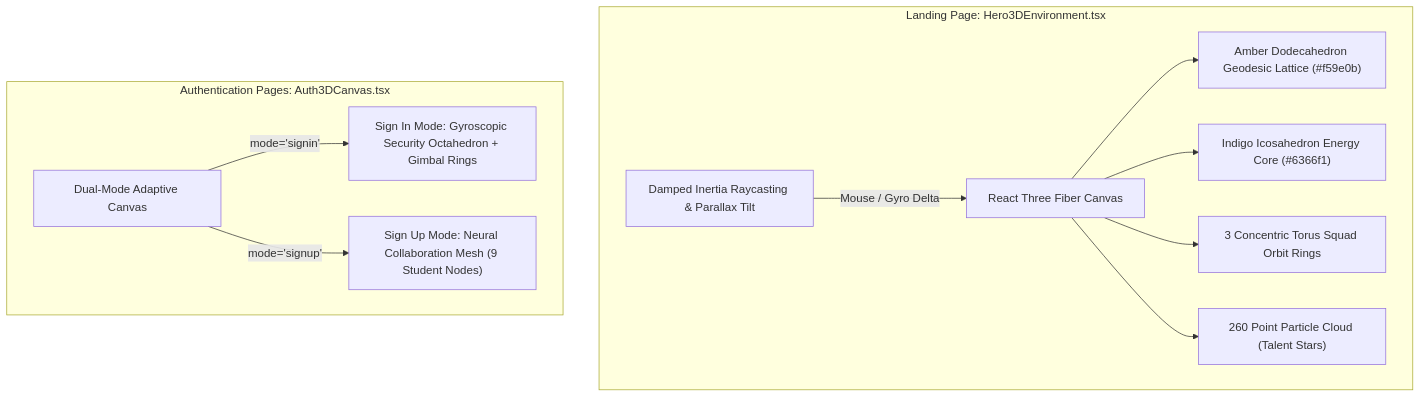
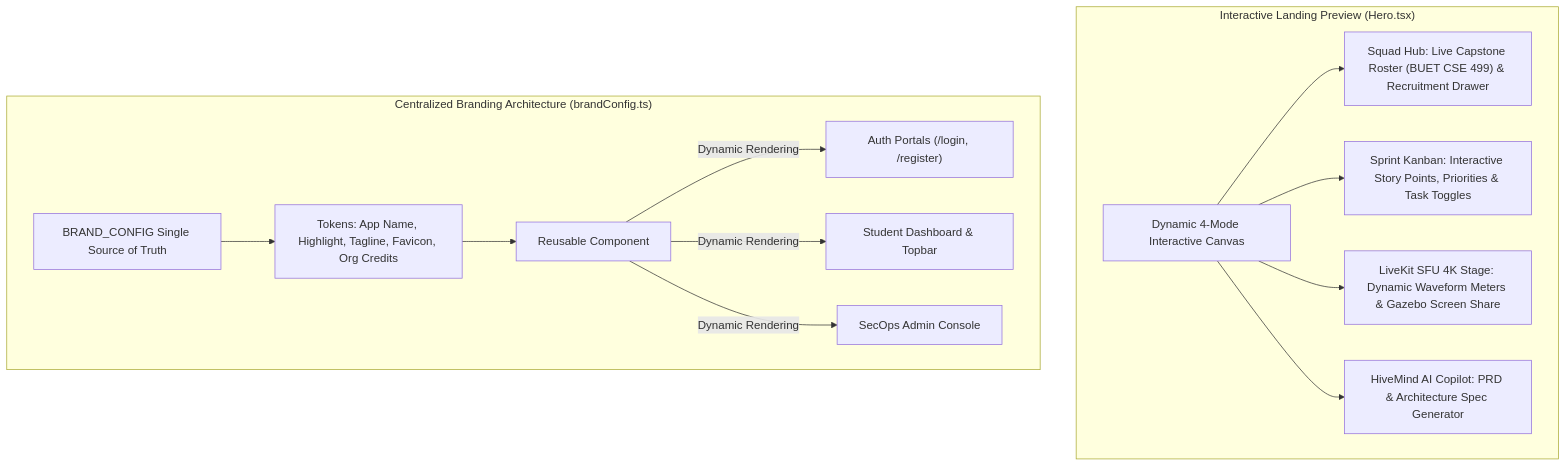
The second of 6 diagrams in docs/architecture/SYSTEM_ARCHITECTURE.md (Ti838/Project-Hive), drawn with Mermaid before and after one commit. The commit also changed other lines of this file and 69 other files, not shown here.

First line of the commit message:
feat(core): production UI/UX overhaul, centralized branding, portal security isolation & cleanup

````diff
--- a/docs/architecture/SYSTEM_ARCHITECTURE.md
+++ b/docs/architecture/SYSTEM_ARCHITECTURE.md
@@ -132,26 +134,27 @@
 ```mermaid
 flowchart TD
-    subgraph Hero_3D ["Landing Page: Hero3DEnvironment.tsx"]
-        Canvas3D["React Three Fiber Canvas"]
-        OuterLattice["Amber Dodecahedron Geodesic Lattice (#f59e0b)"]
-        InnerCrystal["Indigo Icosahedron Energy Core (#6366f1)"]
-        OrbitalRings["3 Concentric Torus Squad Orbit Rings"]
-        Constellation["260 Point Particle Cloud (Talent Stars)"]
-        PointerPhysics["Damped Inertia Raycasting & Parallax Tilt"]
+    subgraph Hero_Workspace ["Interactive Landing Preview (Hero.tsx)"]
+        WorkspaceStage["Dynamic 4-Mode Interactive Canvas"]
+        SquadHub["Squad Hub: Live Capstone Roster (BUET CSE 499) & Recruitment Drawer"]
+        KanbanBoard["Sprint Kanban: Interactive Story Points, Priorities & Task Toggles"]
+        LiveKitStage["LiveKit SFU 4K Stage: Dynamic Waveform Meters & Gazebo Screen Share"]
+        HiveMindStudio["HiveMind AI Copilot: PRD & Architecture Spec Generator"]
 
-        Canvas3D --> OuterLattice
-        Canvas3D --> InnerCrystal
-        Canvas3D --> OrbitalRings
-        Canvas3D --> Constellation
-        PointerPhysics -->|"Mouse / Gyro Delta"| Canvas3D
+        WorkspaceStage --> SquadHub
+        WorkspaceStage --> KanbanBoard
+        WorkspaceStage --> LiveKitStage
+        WorkspaceStage --> HiveMindStudio
     end
 
-    subgraph Auth_3D ["Authentication Pages: Auth3DCanvas.tsx"]
-        AuthCanvas["Dual-Mode Adaptive Canvas"]
-        SignInMode["Sign In Mode: Gyroscopic Security Octahedron + Gimbal Rings"]
-        SignUpMode["Sign Up Mode: Neural Collaboration Mesh (9 Student Nodes)"]
+    subgraph Brand_Engine ["Centralized Branding Architecture (brandConfig.ts)"]
+        Config["BRAND_CONFIG Single Source of Truth"]
+        LogoComponent["Reusable <BrandLogo /> Component"]
+        Tokens["Tokens: App Name, Highlight, Tagline, Favicon, Org Credits"]
 
-        AuthCanvas -->|mode='signin'| SignInMode
-        AuthCanvas -->|mode='signup'| SignUpMode
+        Config --> Tokens
+        Tokens --> LogoComponent
+        LogoComponent -->|"Dynamic Rendering"| AuthPages["Auth Portals (/login, /register)"]
+        LogoComponent -->|"Dynamic Rendering"| UserApp["Student Dashboard & Topbar"]
+        LogoComponent -->|"Dynamic Rendering"| AdminPortal["SecOps Admin Console"]
     end
 ```
````
